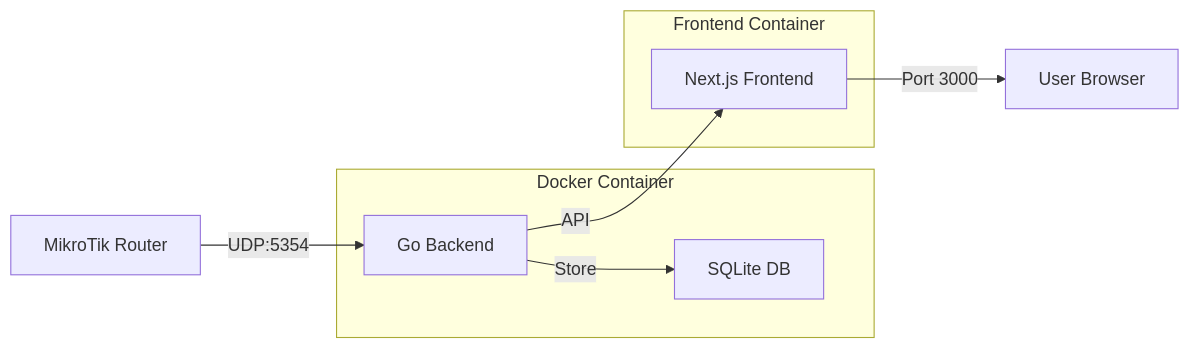
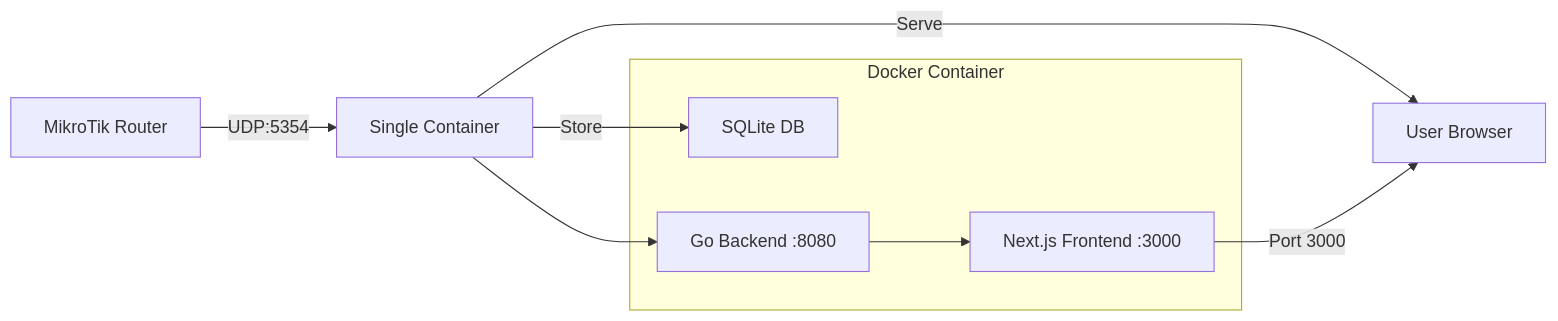
The diagram in README.md (publi0/mikrotik-dns), drawn with Mermaid before and after one commit. The commit also changed other lines of this file and 7 other files, not shown here.

First line of the commit message:
Convert to single container deployment model (#14)

````diff
--- a/README.md
+++ b/README.md
@@ -123,16 +146,16 @@
 ```mermaid
 graph LR
-    A[MikroTik Router] -->|UDP:5354| B[Go Backend]
+    A[MikroTik Router] -->|UDP:5354| B[Single Container]
     B -->|Store| C[SQLite DB]
-    B -->|API| D[Next.js Frontend]
-    D -->|Port 3000| E[User Browser]
+    B -->|Serve| D[User Browser]
 
     subgraph "Docker Container"
-        B
+        E[Go Backend :8080]
+        F[Next.js Frontend :3000]
         C
+        E --> F
     end
 
-    subgraph "Frontend Container"
-        D
-    end
+    B --> E
+    F -->|Port 3000| D
 ```
````
